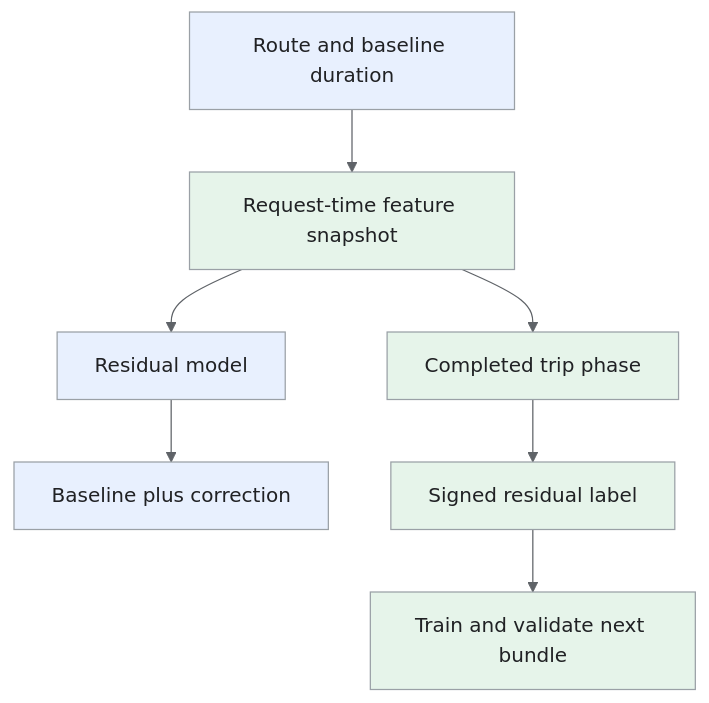
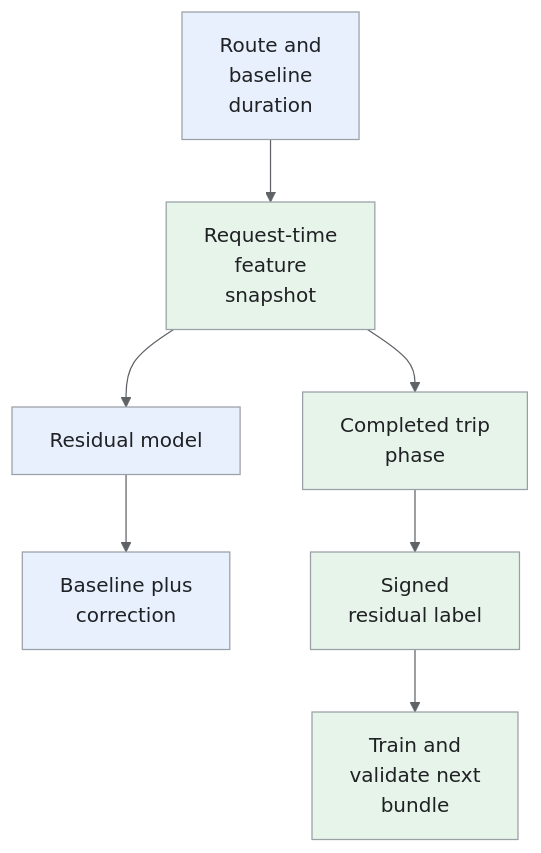
The fourth of 5 diagrams in _designs/ml-system-design-eta-arrival-time-prediction.md (iliazlobin/iliazlobin.github.io), drawn with Mermaid before and after one commit. The commit also changed other lines of this file and 116 other files, not shown here.

````diff
--- a/_designs/ml-system-design-eta-arrival-time-prediction.md
+++ b/_designs/ml-system-design-eta-arrival-time-prediction.md
@@ -279,16 +279,16 @@
 ```mermaid
 %%{init: {'theme':'base','themeVariables':{'primaryColor':'#e8f0fe','primaryTextColor':'#202124','primaryBorderColor':'#9aa0a6','lineColor':'#5f6368','secondaryColor':'#e6f4ea','tertiaryColor':'#fef7e0','actorBkg':'#e8f0fe','actorBorder':'#9aa0a6','actorTextColor':'#202124','noteBkgColor':'#fef7e0','noteTextColor':'#202124','noteBorderColor':'#9aa0a6','signalColor':'#5f6368','signalTextColor':'#202124','labelBoxBkgColor':'#fef7e0','labelBoxBorderColor':'#9aa0a6'}}}%%
 flowchart TB
-    R["Route and baseline duration"] --> F["Request-time feature snapshot"]
+    R["Route and<br>baseline<br>duration"] --> F["Request-time<br>feature<br>snapshot"]
     F --> M["Residual model"]
-    M --> P["Baseline plus correction"]
-    F --> T["Completed trip phase"]
-    T --> L["Signed residual label"]
-    L --> V["Train and validate next bundle"]
+    M --> P["Baseline plus<br>correction"]
+    F --> T["Completed trip<br>phase"]
+    T --> L["Signed<br>residual label"]
+    L --> V["Train and<br>validate next<br>bundle"]
 classDef request fill:#e8f0fe,stroke:#9aa0a6,color:#202124;
 classDef data fill:#e6f4ea,stroke:#9aa0a6,color:#202124;
 classDef control fill:#fef7e0,stroke:#9aa0a6,color:#202124;
 class R,M,P request;
 class F,T,L,V data;
 
 ```
````
